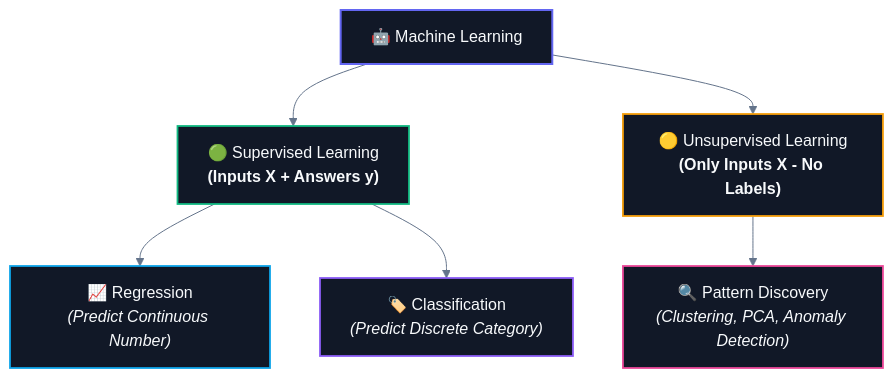
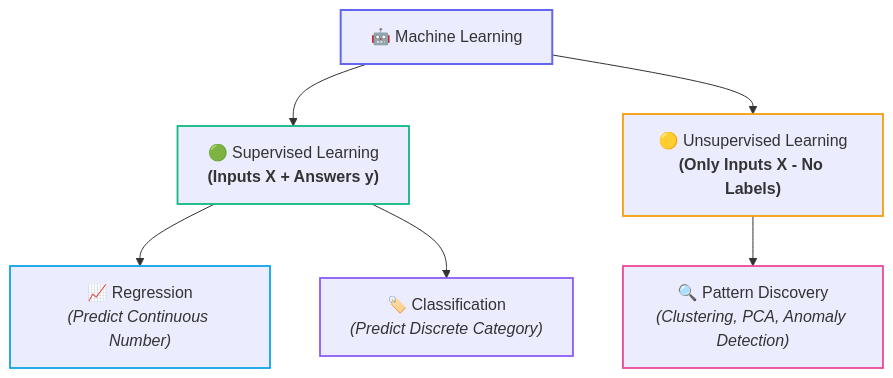
One commit to abhinavbharti2345/CS_Notes changed the first of 2 diagrams in CS/AI & ML/01. Classical ML/02. Supervised vs Unsupervised Learning.md. Above: the diagram before and after it, drawn with Mermaid. The commit also changed other lines of this file and 91 other files, not shown here.

````diff
--- a/CS/AI & ML/01. Classical ML/02. Supervised vs Unsupervised Learning.md
+++ b/CS/AI & ML/01. Classical ML/02. Supervised vs Unsupervised Learning.md
@@ -19,27 +19,26 @@
 ```mermaid
-%%{init: {'theme': 'base', 'themeVariables': { 'darkMode': true, 'background': '#0B0F14', 'mainBkg': '#111827', 'primaryColor': '#111827', 'primaryTextColor': '#F8FAFC', 'primaryBorderColor': '#38BDF8', 'lineColor': '#64748B', 'secondaryColor': '#0B0F14', 'tertiaryColor': '#0B0F14', 'clusterBkg': '#0B0F14', 'clusterBorder': '#38BDF8' }}}%%
 graph TD
     ML["🤖 Machine Learning"]
     
     ML --> SUP["🟢 Supervised Learning<br><b>(Inputs X + Answers y)</b>"]
     ML --> UNSUP["🟡 Unsupervised Learning<br><b>(Only Inputs X - No Labels)</b>"]
     
     SUP --> REG["📈 Regression<br><i>(Predict Continuous Number)</i>"]
     SUP --> CLF["🏷️ Classification<br><i>(Predict Discrete Category)</i>"]
     
     UNSUP --> CLUST["🔍 Pattern Discovery<br><i>(Clustering, PCA, Anomaly Detection)</i>"]
     
-    classDef main fill:#111827,stroke:#6366f1,stroke-width:2px,color:#F8FAFC;
-    classDef sup fill:#111827,stroke:#10b981,stroke-width:1.8px,color:#F8FAFC;
-    classDef unsup fill:#111827,stroke:#f59e0b,stroke-width:1.8px,color:#F8FAFC;
-    classDef reg fill:#111827,stroke:#0ea5e9,stroke-width:1.8px,color:#F8FAFC;
-    classDef clf fill:#111827,stroke:#8b5cf6,stroke-width:1.8px,color:#F8FAFC;
-    classDef clust fill:#111827,stroke:#ec4899,stroke-width:1.8px,color:#F8FAFC;
+    classDef main stroke:#6366f1,stroke-width:2px;
+    classDef sup stroke:#10b981,stroke-width:1.8px;
+    classDef unsup stroke:#f59e0b,stroke-width:1.8px;
+    classDef reg stroke:#0ea5e9,stroke-width:1.8px;
+    classDef clf stroke:#8b5cf6,stroke-width:1.8px;
+    classDef clust stroke:#ec4899,stroke-width:1.8px;
 
     class ML main;
     class SUP sup;
     class UNSUP unsup;
     class REG reg;
     class CLF clf;
     class CLUST clust;
 ```
````
